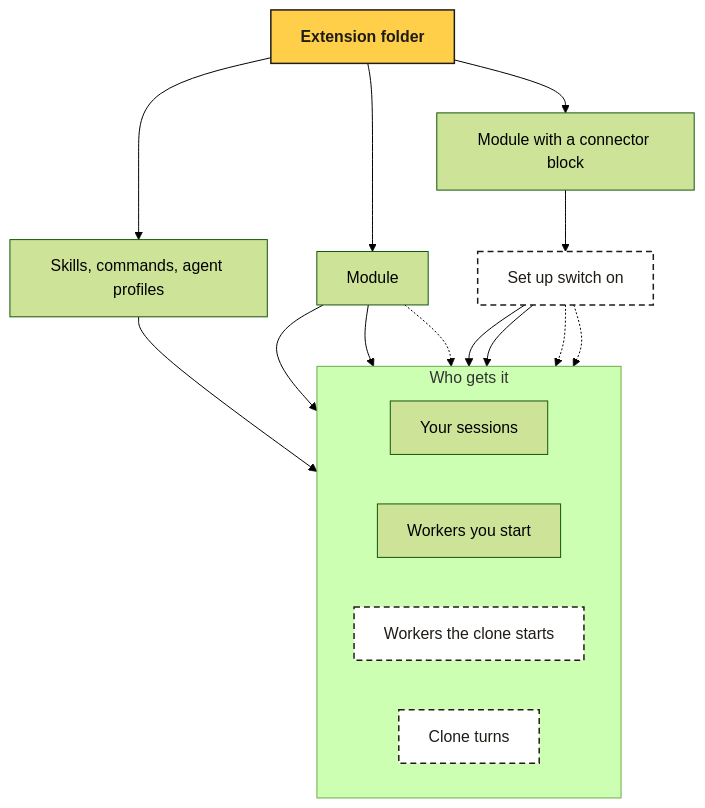
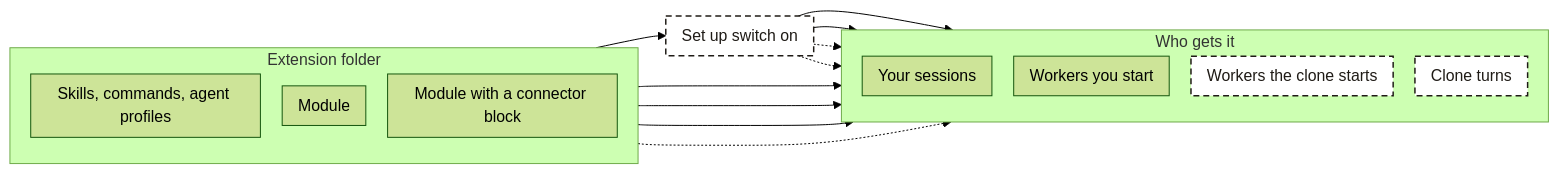
The diagram in diagrams/extension-to-consumers.mmd (dumdummisha/docs), drawn with Mermaid (forest theme) before and after one commit. The commit also changed 2 other files, not shown here.

Commit message:
docs: scope the connector reads and the self-DM equivalence, narrow the extension diagram and restore the page-content caveat

```diff
--- a/diagrams/extension-to-consumers.mmd
+++ b/diagrams/extension-to-consumers.mmd
@@ -1,34 +1,33 @@
-flowchart TB
+%%{init: {'flowchart': {'rankSpacing': 28, 'nodeSpacing': 22, 'padding': 8}}}%%
+flowchart LR
   accTitle: Where an extension reaches
-  accDescr: An extension folder holds skills, commands and agent profiles, modules without a connector block, and modules with one. Skills, commands and agent profiles go to your Claude Code and OpenCode sessions. A module without a connector block is always on: its tools and hooks go to your sessions and to the workers you start from them, and to the workers the clone starts only where the module is marked as served to workers. A module with a connector block does the same only while its switch on Set up is on, and then also gives clone turns the tools it declares for them. A worker can call a tool only when its profile names it.
+  accDescr: An extension folder holds skills, commands and agent profiles, modules without a connector block, and modules with one. Skills, commands and agent profiles go to your Claude Code and OpenCode sessions. The tools and hooks of a module go to your sessions too: a module without a connector block is always on, and one with a connector block only while its switch on Set up is on. For workers the arrows are tool availability only. Workers you start get the module tools your session has, and workers the clone starts get them only where the module is marked as served to workers. A connector also gives clone turns the tools it declares for them. A worker can call a tool only when its profile names it.
 
-  ext["Extension folder"]:::start
-  files["Skills, commands, agent profiles"]
-  plain["Module"]
-  conn["Module with a connector block"]
+  subgraph folder["Extension folder"]
+    direction TB
+    files["Skills, commands, agent profiles"]
+    plain["Module"]
+    conn["Module with a connector block"]
+  end
+
   gate["Set up switch on"]:::conditional
-
-  ext --> files
-  ext --> plain
-  ext --> conn
   conn --> gate
 
   subgraph who["Who gets it"]
-    direction LR
+    direction TB
     own["Your sessions"]
     mine["Workers you start"]
     cw["Workers the clone starts"]:::conditional
     turn["Clone turns"]:::conditional
   end
 
   files --> own
   plain --> own
   plain --> mine
   plain -.-> cw
   gate --> own
   gate --> mine
   gate -.-> cw
   gate -.-> turn
 
-  classDef start fill:#ffcf4a,stroke:#1f1b16,stroke-width:1.5px,color:#1f1b16,font-weight:bold
   classDef conditional fill:#ffffff,stroke:#1f1b16,stroke-width:1.5px,stroke-dasharray:6 4,color:#1f1b16
```
